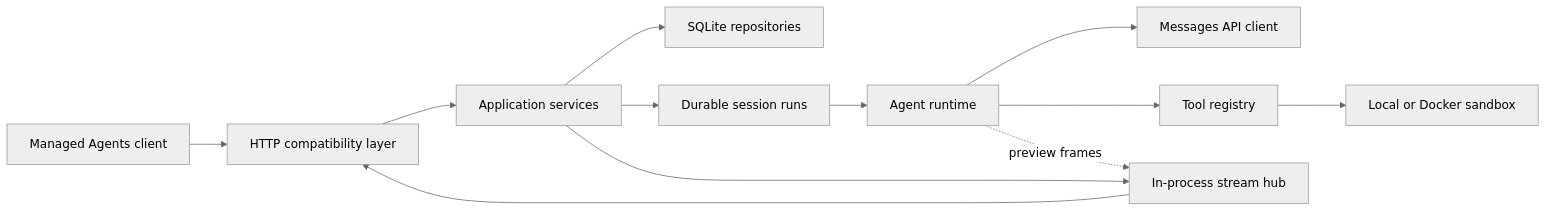
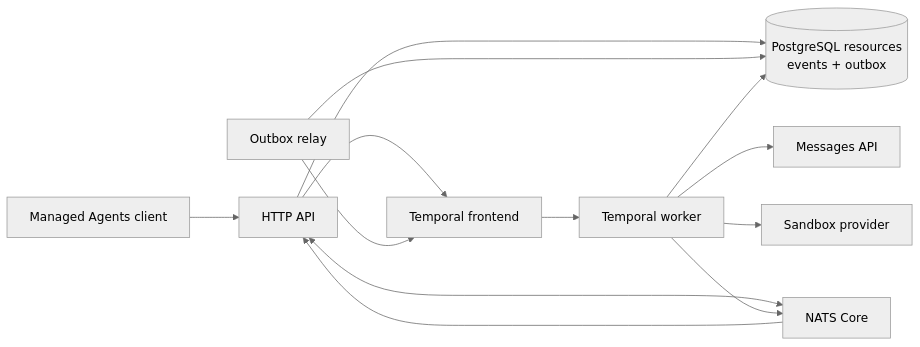
One commit to yanpgwang/managed-agent-go changed the diagram in docs/architecture.md. Above: the diagram before and after it, drawn with Mermaid (neutral theme). The commit also changed other lines of this file and 57 other files, not shown here.

Commit message:
feat: cut HTTP control plane over to PostgreSQL

````diff
--- a/docs/architecture.md
+++ b/docs/architecture.md
@@ -24,14 +25,15 @@
 ```mermaid
 flowchart LR
-  Client["Managed Agents client"] --> HTTP["HTTP compatibility layer"]
-  HTTP --> App["Application services"]
-  App --> Store["SQLite repositories"]
-  App --> Queue["Durable session runs"]
-  Queue --> Runtime["Agent runtime"]
-  Runtime --> Model["Messages API client"]
-  Runtime --> Tools["Tool registry"]
-  Tools --> Sandbox["Local or Docker sandbox"]
-  Runtime -. "preview frames" .-> Hub["In-process stream hub"]
-  App --> Hub
-  Hub --> HTTP
+  Client["Managed Agents client"] --> API["HTTP API"]
+  API --> PG[("PostgreSQL resources<br/>events + outbox")]
+  API --> Temporal["Temporal frontend"]
+  API <--> NATS["NATS Core"]
+  Relay["Outbox relay"] --> PG
+  Relay --> Temporal
+  Temporal --> Worker["Temporal worker"]
+  Worker --> PG
+  Worker --> Model["Messages API"]
+  Worker --> Sandbox["Sandbox provider"]
+  Worker --> NATS
+  NATS --> API
 ```
````
